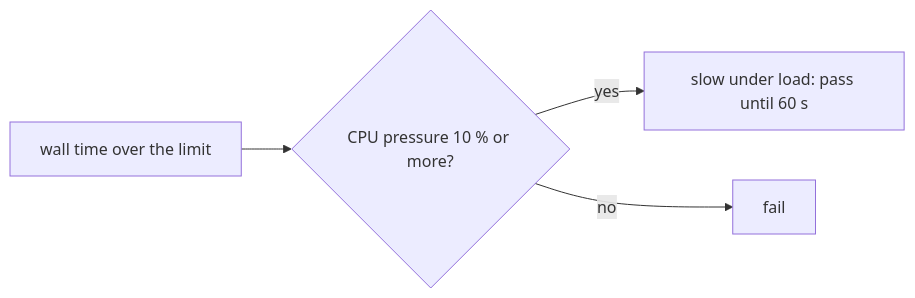
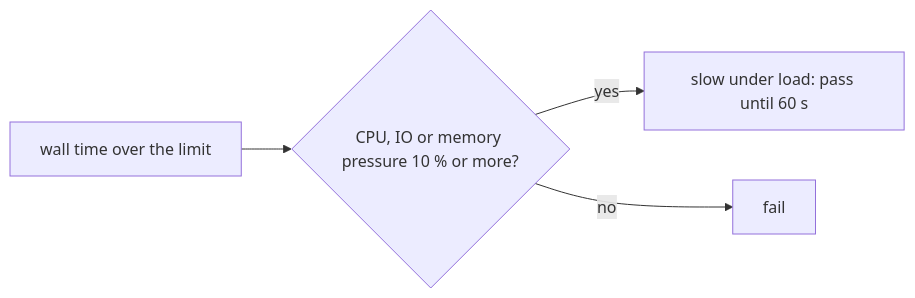
One commit to como-technologies/riff changed the fourth of 31 diagrams in docs/src/development.md. Above: the diagram before and after it, drawn with Mermaid. The commit also changed other lines of this file and 4 other files, not shown here.

First line of the commit message:
A timed check also reads the IO and the memory pressure, so a test that waits on a slow disk passes (#1074)

````diff
--- a/docs/src/development.md
+++ b/docs/src/development.md
@@ -281,6 +281,6 @@
 ```mermaid
 flowchart LR
-    W[wall time over the limit] --> C{CPU pressure 10 % or more?}
+    W[wall time over the limit] --> C{CPU, IO or memory pressure 10 % or more?}
     C -- yes --> S[slow under load: pass until 60 s]
     C -- no --> F[fail]
 ```
````
